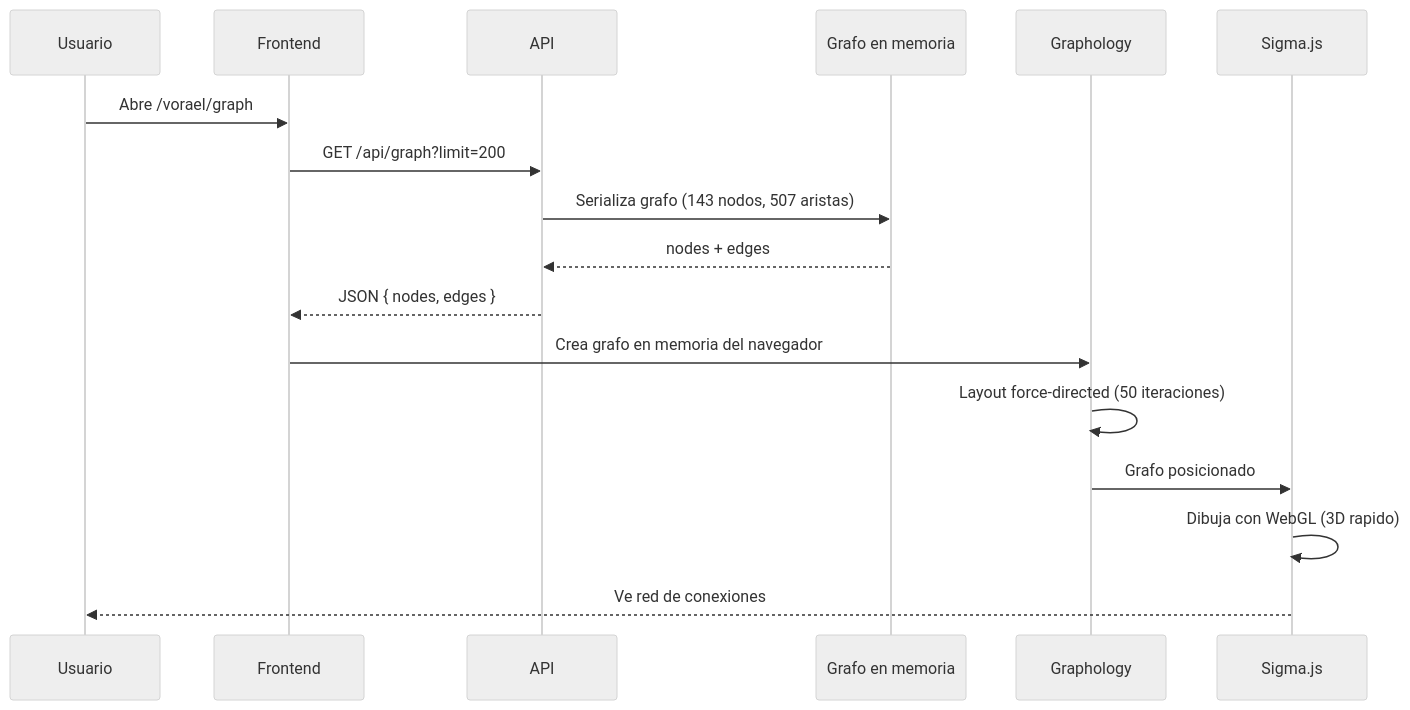
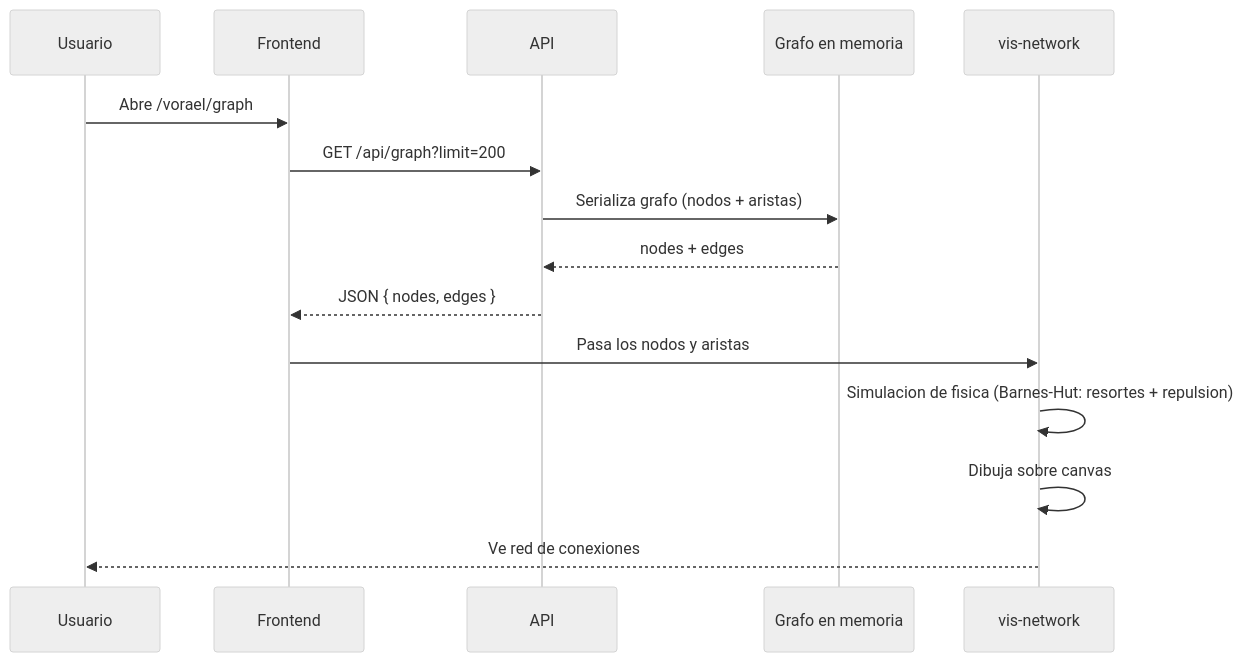
Before and after one commit to epimient/Buscador_grafos: the fifth of 9 diagrams in docs/VORAEL_GUIA_COMPLETA.md, drawn with Mermaid (neutral theme). The commit also changed other lines of this file and 8 other files, not shown here.

````diff
--- a/docs/VORAEL_GUIA_COMPLETA.md
+++ b/docs/VORAEL_GUIA_COMPLETA.md
@@ -126,20 +140,18 @@
 ```mermaid
 sequenceDiagram
     participant U as Usuario
     participant F as Frontend
     participant A as API
     participant M as Grafo en memoria
-    participant GR as Graphology
-    participant SI as Sigma.js
+    participant VN as vis-network
 
     U->>F: Abre /vorael/graph
     F->>A: GET /api/graph?limit=200
-    A->>M: Serializa grafo (143 nodos, 507 aristas)
+    A->>M: Serializa grafo (nodos + aristas)
     M-->>A: nodes + edges
     A-->>F: JSON { nodes, edges }
-    F->>GR: Crea grafo en memoria del navegador
-    GR->>GR: Layout force-directed (50 iteraciones)
-    GR->>SI: Grafo posicionado
-    SI->>SI: Dibuja con WebGL (3D rapido)
-    SI-->>U: Ve red de conexiones
+    F->>VN: Pasa los nodos y aristas
+    VN->>VN: Simulacion de fisica (Barnes-Hut: resortes + repulsion)
+    VN->>VN: Dibuja sobre canvas
+    VN-->>U: Ve red de conexiones
 ```
````
